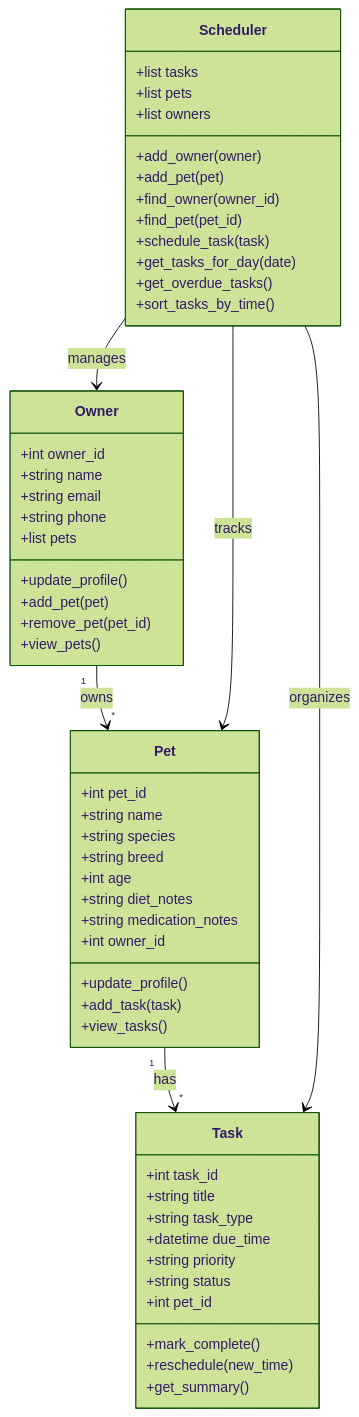
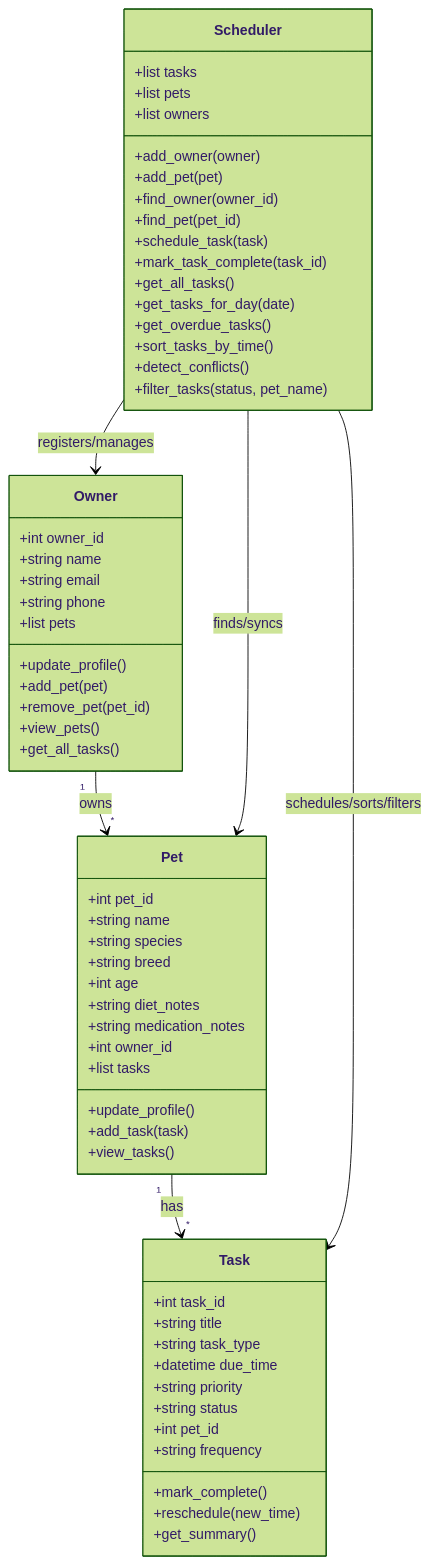
One commit to sum09fairSaif/ai110-module2show-pawpal-starter changed the diagram in pawpal-uml.mmd. Above: the diagram before and after it, drawn with Mermaid (forest theme). The commit also changed 5 other files, not shown here.

Commit message:
Add scheduler tests, Streamlit dashboard improvements, and final UML updates

```diff
--- a/pawpal-uml.mmd
+++ b/pawpal-uml.mmd
@@ -1,59 +1,66 @@
 classDiagram
     class Owner {
         +int owner_id
         +string name
         +string email
         +string phone
         +list pets
         +update_profile()
         +add_pet(pet)
         +remove_pet(pet_id)
         +view_pets()
+        +get_all_tasks()
     }
 
     class Pet {
         +int pet_id
         +string name
         +string species
         +string breed
         +int age
         +string diet_notes
         +string medication_notes
         +int owner_id
+        +list tasks
         +update_profile()
         +add_task(task)
         +view_tasks()
     }
 
     class Task {
         +int task_id
         +string title
         +string task_type
         +datetime due_time
         +string priority
         +string status
         +int pet_id
+        +string frequency
         +mark_complete()
         +reschedule(new_time)
         +get_summary()
     }
 
     class Scheduler {
         +list tasks
         +list pets
         +list owners
         +add_owner(owner)
         +add_pet(pet)
         +find_owner(owner_id)
         +find_pet(pet_id)
         +schedule_task(task)
+        +mark_task_complete(task_id)
+        +get_all_tasks()
         +get_tasks_for_day(date)
         +get_overdue_tasks()
         +sort_tasks_by_time()
+        +detect_conflicts()
+        +filter_tasks(status, pet_name)
     }
 
     Owner "1" --> "*" Pet : owns
     Pet "1" --> "*" Task : has
-    Scheduler --> Owner : manages
-    Scheduler --> Pet : tracks
-    Scheduler --> Task : organizes
+    Scheduler --> Owner : registers/manages
+    Scheduler --> Pet : finds/syncs
+    Scheduler --> Task : schedules/sorts/filters
```
